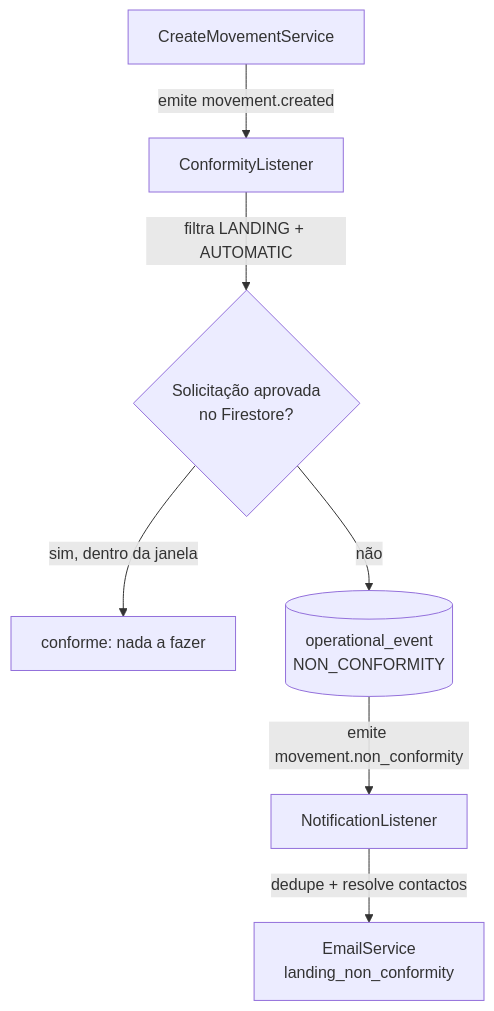
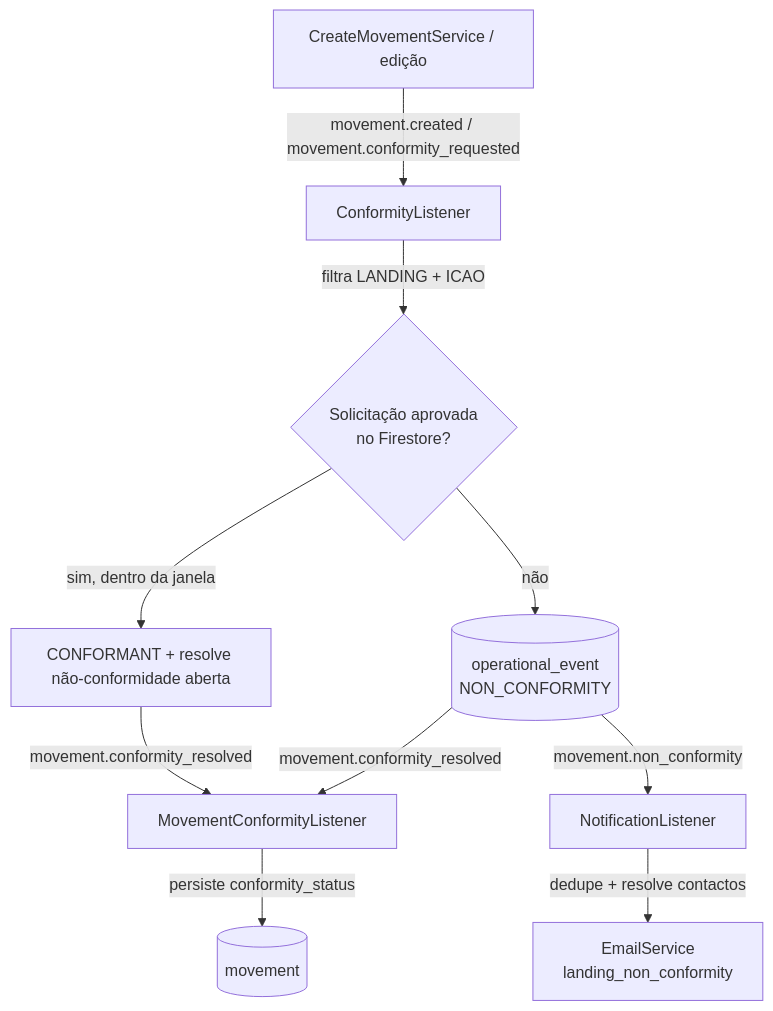
The diagram in src/modules/conformity/README.md (atzaero/aerobi-api), drawn with Mermaid before and after one commit. The commit also changed other lines of this file and 28 other files, not shown here.

````diff
--- a/src/modules/conformity/README.md
+++ b/src/modules/conformity/README.md
@@ -24,9 +27,12 @@
 ```mermaid
 flowchart TD
-  create[CreateMovementService] -->|emite movement.created| cl[ConformityListener]
-  cl -->|filtra LANDING + AUTOMATIC| q{Solicitação aprovada<br/>no Firestore?}
-  q -->|sim, dentro da janela| ok[conforme: nada a fazer]
+  create[CreateMovementService / edição] -->|movement.created / movement.conformity_requested| cl[ConformityListener]
+  cl -->|filtra LANDING + ICAO| q{Solicitação aprovada<br/>no Firestore?}
+  q -->|sim, dentro da janela| ok[CONFORMANT + resolve não-conformidade aberta]
   q -->|não| oe[(operational_event<br/>NON_CONFORMITY)]
-  oe -->|emite movement.non_conformity| nl[NotificationListener]
+  ok -->|movement.conformity_resolved| ml[MovementConformityListener]
+  oe -->|movement.conformity_resolved| ml
+  oe -->|movement.non_conformity| nl[NotificationListener]
+  ml -->|persiste conformity_status| mv[(movement)]
   nl -->|dedupe + resolve contactos| mail[EmailService<br/>landing_non_conformity]
 ```
````
